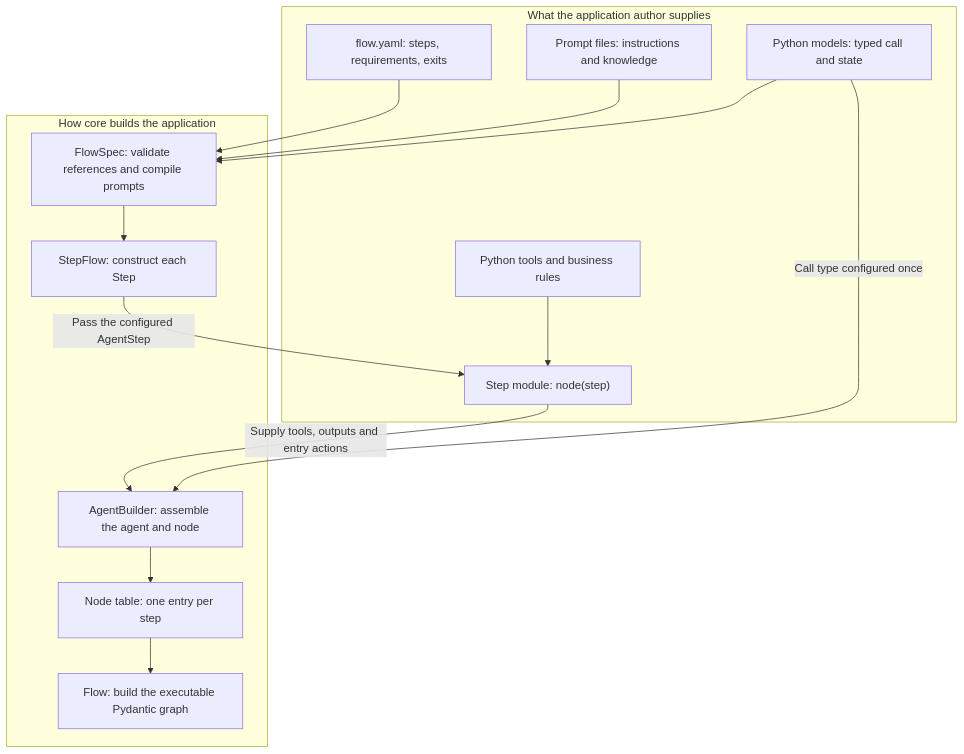
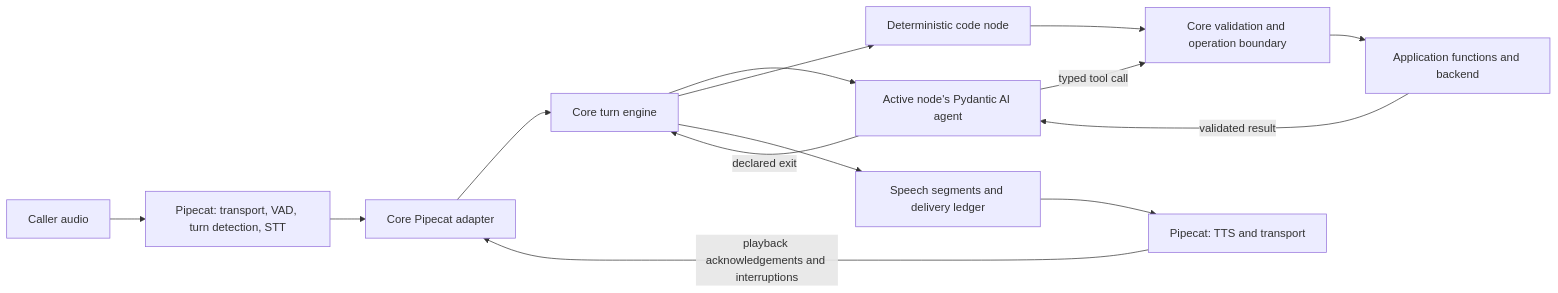
Before and after one commit to slng-ai/unmute-beat: the diagram in README.md, drawn with Mermaid. The commit also changed other lines of this file, not shown here.

Commit message:
docs: explain node-based voice core architecture

````diff
--- a/README.md
+++ b/README.md
@@ -222,29 +39,16 @@
 ```mermaid
-flowchart TD
-    subgraph Application["What the application author supplies"]
-        YAML["flow.yaml: steps, requirements, exits"]
-        Prompt["Prompt files: instructions and knowledge"]
-        Models["Python models: typed call and state"]
-        Code["Step module: node(step)"]
-        Rules["Python tools and business rules"]
-    end
-
-    subgraph Core["How core builds the application"]
-        Spec["FlowSpec: validate references and compile prompts"]
-        Steps["StepFlow: construct each Step"]
-        Builder["AgentBuilder: assemble the agent and node"]
-        Nodes["Node table: one entry per step"]
-        FlowGraph["Flow: build the executable Pydantic graph"]
-    end
-
-    YAML --> Spec
-    Prompt --> Spec
-    Models --> Spec
-    Spec --> Steps
-    Steps -->|"Pass the configured AgentStep"| Code
-    Rules --> Code
-    Code -->|"Supply tools, outputs and entry actions"| Builder
-    Models -->|"Call type configured once"| Builder
-    Builder --> Nodes
-    Nodes --> FlowGraph
+flowchart LR
+    Input["Caller audio"] --> Voice["Pipecat: transport, VAD, turn detection, STT"]
+    Voice --> Adapter["Core Pipecat adapter"]
+    Adapter --> Engine["Core turn engine"]
+    Engine --> Agent["Active node's Pydantic AI agent"]
+    Agent -->|"typed tool call"| Checks["Core validation and operation boundary"]
+    Checks --> Backend["Application functions and backend"]
+    Backend -->|"validated result"| Agent
+    Agent -->|"declared exit"| Engine
+    Engine --> Code["Deterministic code node"]
+    Code --> Checks
+    Engine --> Speech["Speech segments and delivery ledger"]
+    Speech --> Output["Pipecat: TTS and transport"]
+    Output -->|"playback acknowledgements and interruptions"| Adapter
 ```
````
